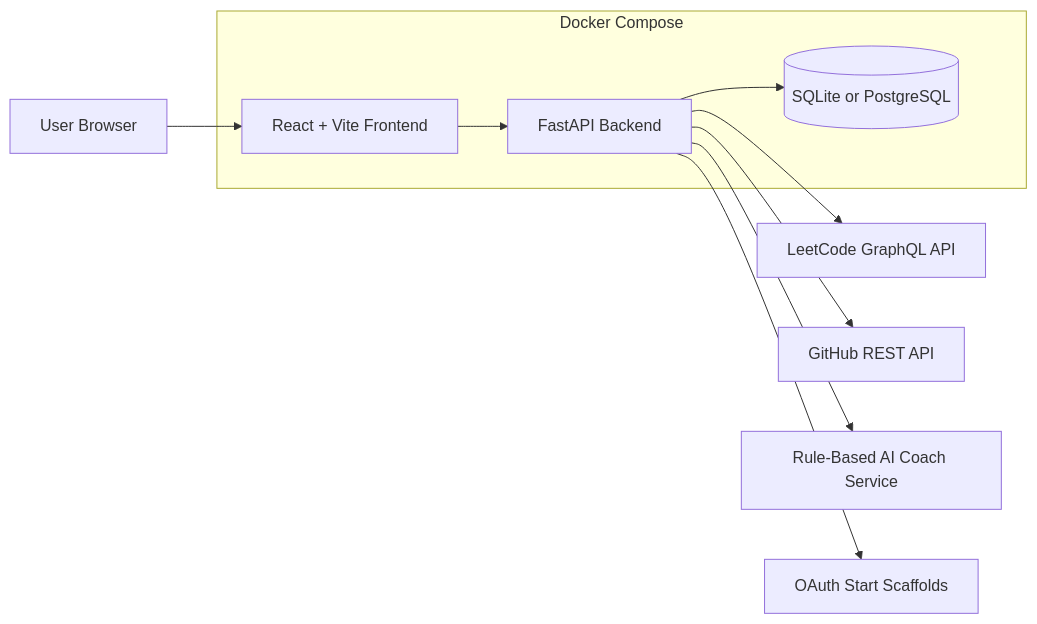
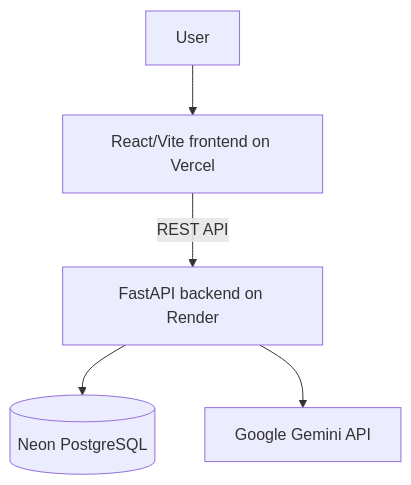
One commit to 4ryxn/AlgoPilot-AI changed the diagram in README.md. Above: the diagram before and after it, drawn with Mermaid. The commit also changed other lines of this file and 3 other files, not shown here.

````diff
--- a/README.md
+++ b/README.md
@@ -86,16 +98,7 @@
 ```mermaid
-flowchart LR
-    User[User Browser] --> Frontend[React + Vite Frontend]
-    Frontend --> API[FastAPI Backend]
-    API --> DB[(SQLite or PostgreSQL)]
-    API --> LC[LeetCode GraphQL API]
-    API --> GH[GitHub REST API]
-    API --> Coach[Rule-Based AI Coach Service]
-    API --> OAuth[OAuth Start Scaffolds]
-
-    subgraph Docker Compose
-        Frontend
-        API
-        DB
-    end
+flowchart TD
+    User[User] --> Frontend[React/Vite frontend on Vercel]
+    Frontend -->|REST API| Backend[FastAPI backend on Render]
+    Backend --> Database[(Neon PostgreSQL)]
+    Backend --> Gemini[Google Gemini API]
 ```
````
